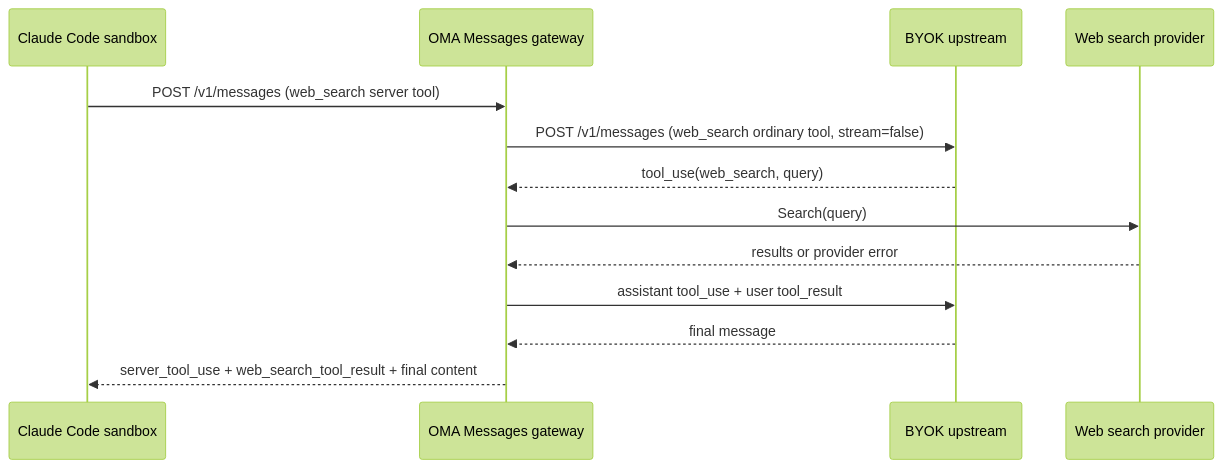
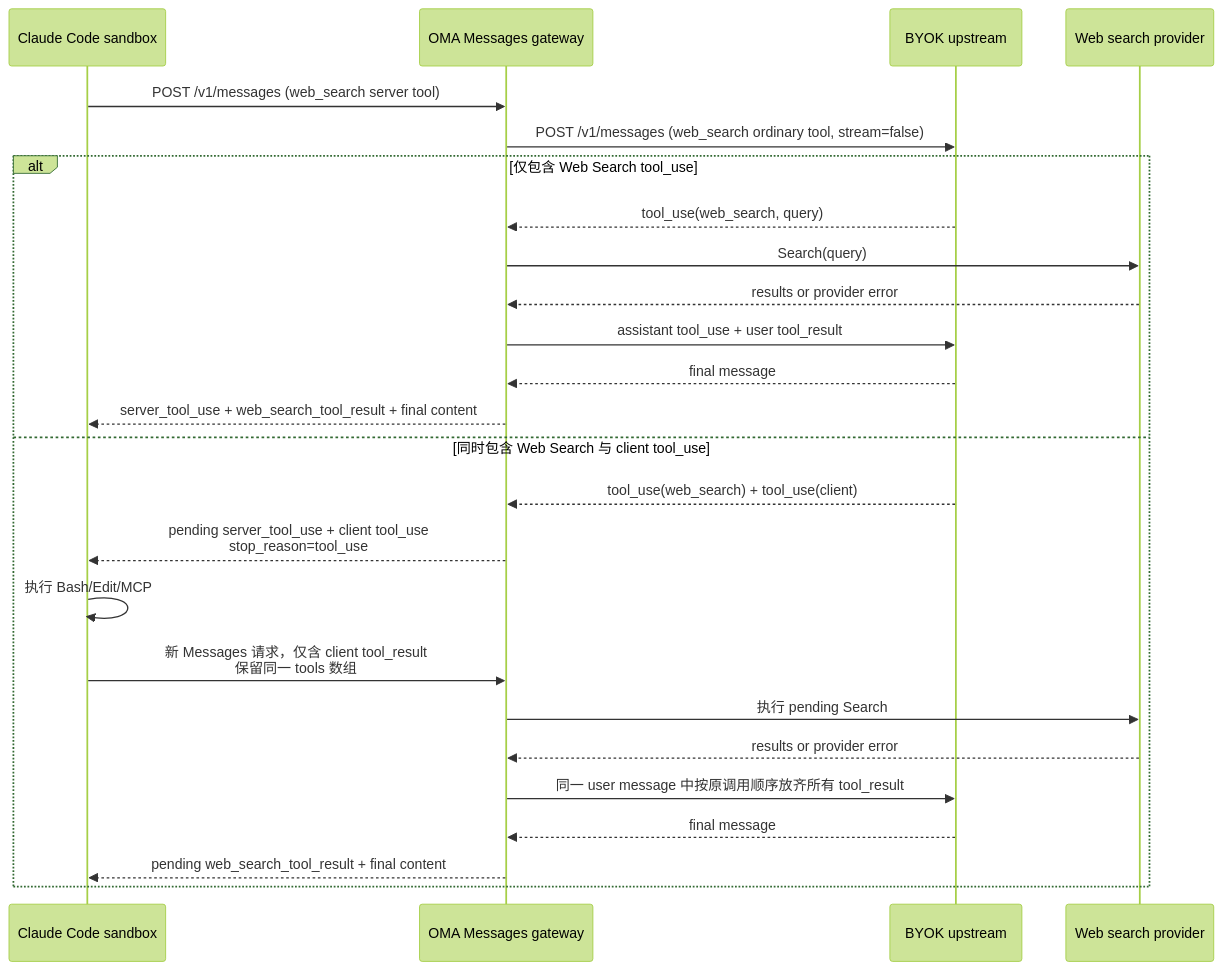
One commit to Postroggy/open-managed-agents changed the first of 2 diagrams in docs/design/be/messages-proxy.md. Above: the diagram before and after it, drawn with Mermaid (forest theme). The commit also changed other lines of this file and 5 other files, not shown here.

Commit message:
fix(messages): preserve mixed web search tool ownership

````diff
--- a/docs/design/be/messages-proxy.md
+++ b/docs/design/be/messages-proxy.md
@@ -30,16 +30,28 @@
 ```mermaid
 sequenceDiagram
     participant CC as Claude Code sandbox
     participant OMA as OMA Messages gateway
     participant BYOK as BYOK upstream
     participant Search as Web search provider
 
     CC->>OMA: POST /v1/messages (web_search server tool)
     OMA->>BYOK: POST /v1/messages (web_search ordinary tool, stream=false)
-    BYOK-->>OMA: tool_use(web_search, query)
-    OMA->>Search: Search(query)
-    Search-->>OMA: results or provider error
-    OMA->>BYOK: assistant tool_use + user tool_result
-    BYOK-->>OMA: final message
-    OMA-->>CC: server_tool_use + web_search_tool_result + final content
+    alt 仅包含 Web Search tool_use
+        BYOK-->>OMA: tool_use(web_search, query)
+        OMA->>Search: Search(query)
+        Search-->>OMA: results or provider error
+        OMA->>BYOK: assistant tool_use + user tool_result
+        BYOK-->>OMA: final message
+        OMA-->>CC: server_tool_use + web_search_tool_result + final content
+    else 同时包含 Web Search 与 client tool_use
+        BYOK-->>OMA: tool_use(web_search) + tool_use(client)
+        OMA-->>CC: pending server_tool_use + client tool_use<br/>stop_reason=tool_use
+        CC->>CC: 执行 Bash/Edit/MCP
+        CC->>OMA: 新 Messages 请求，仅含 client tool_result<br/>保留同一 tools 数组
+        OMA->>Search: 执行 pending Search
+        Search-->>OMA: results or provider error
+        OMA->>BYOK: 同一 user message 中按原调用顺序放齐所有 tool_result
+        BYOK-->>OMA: final message
+        OMA-->>CC: pending web_search_tool_result + final content
+    end
 ```
````
